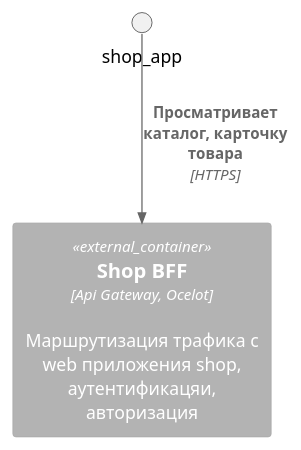
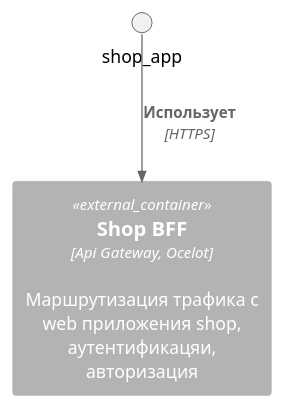
The diagram in containers/gateways/shop-gateway.puml (gerzhan/knigaexpert-system-design), drawn with PlantUML before and after one commit. The commit also changed 2 other files, not shown here.

```diff
--- a/containers/gateways/shop-gateway.puml
+++ b/containers/gateways/shop-gateway.puml
@@ -1,5 +1,5 @@
 @startuml
 !include https://raw.githubusercontent.com/plantuml-stdlib/C4-PlantUML/master/C4_Container.puml
 Container_Ext(shop_bff, "Shop BFF", "Api Gateway, Ocelot", "Маршрутизация трафика c web приложения shop, аутентификацяи, авторизация")
-Rel(shop_app, shop_bff, "Просматривает каталог, карточку товара", "HTTPS")
+Rel(shop_app, shop_bff, "Использует", "HTTPS")
 @enduml
```
